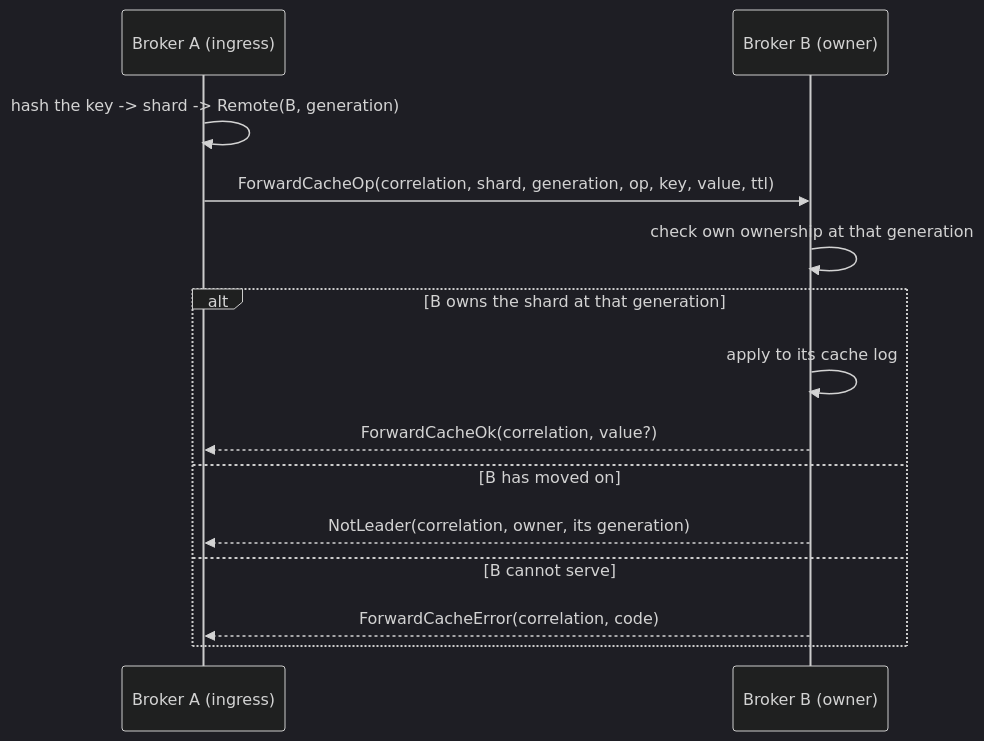
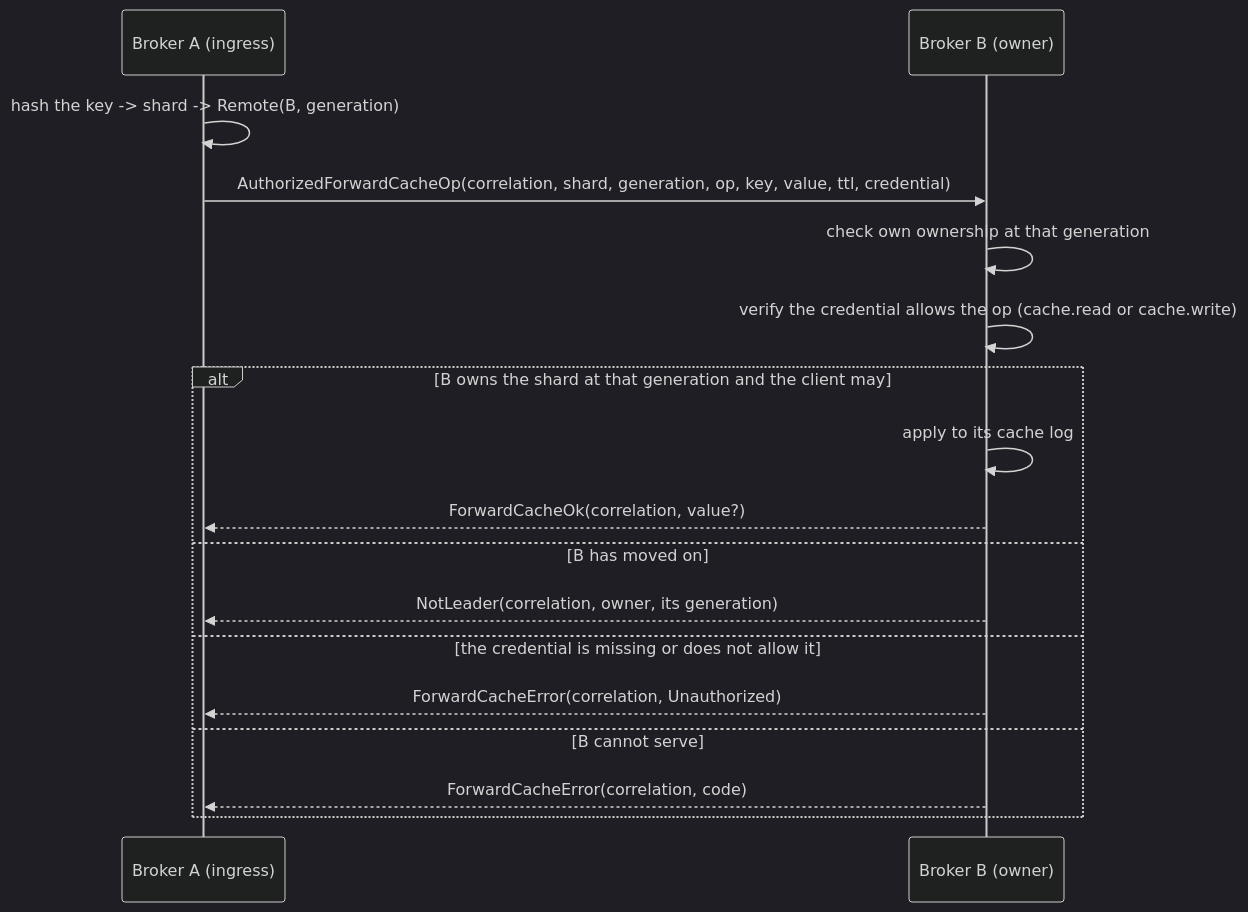
Before and after one commit to gabloe/felix: the second of 3 diagrams in docs/internal-protocol.md, drawn with Mermaid (dark theme). The commit also changed other lines of this file and 26 other files, not shown here.

First line of the commit message:
fix(peer): verify the client's credential at the owner of a forwarded write

````diff
--- a/docs/internal-protocol.md
+++ b/docs/internal-protocol.md
@@ -211,17 +243,20 @@
 ```mermaid
 sequenceDiagram
     participant A as Broker A (ingress)
     participant B as Broker B (owner)
 
     A->>A: hash the key -> shard -> Remote(B, generation)
-    A->>B: ForwardCacheOp(correlation, shard, generation, op, key, value, ttl)
+    A->>B: AuthorizedForwardCacheOp(correlation, shard, generation, op, key, value, ttl, credential)
     B->>B: check own ownership at that generation
-    alt B owns the shard at that generation
+    B->>B: verify the credential allows the op (cache.read or cache.write)
+    alt B owns the shard at that generation and the client may
         B->>B: apply to its cache log
         B-->>A: ForwardCacheOk(correlation, value?)
     else B has moved on
         B-->>A: NotLeader(correlation, owner, its generation)
+    else the credential is missing or does not allow it
+        B-->>A: ForwardCacheError(correlation, Unauthorized)
     else B cannot serve
         B-->>A: ForwardCacheError(correlation, code)
     end
 ```
````
